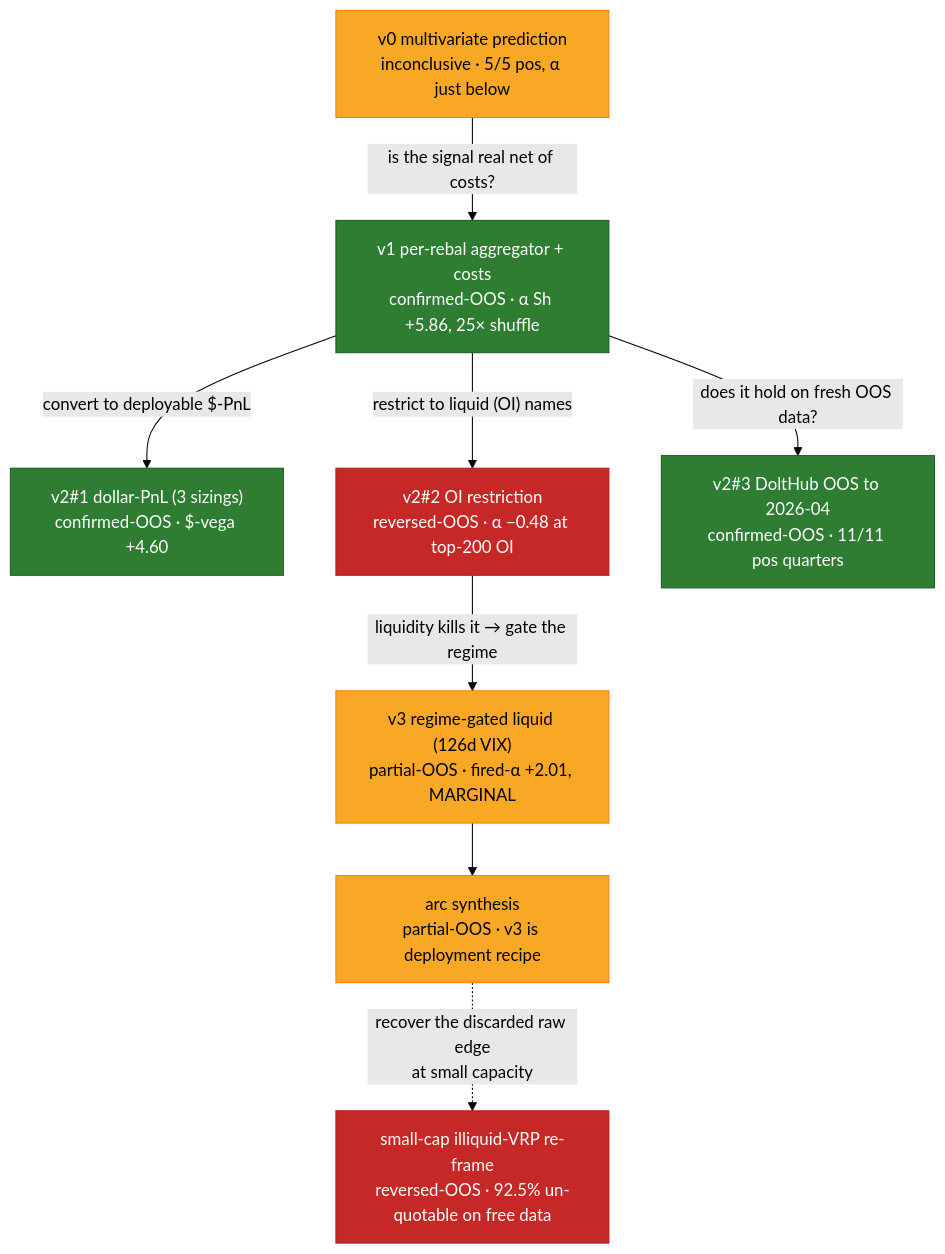
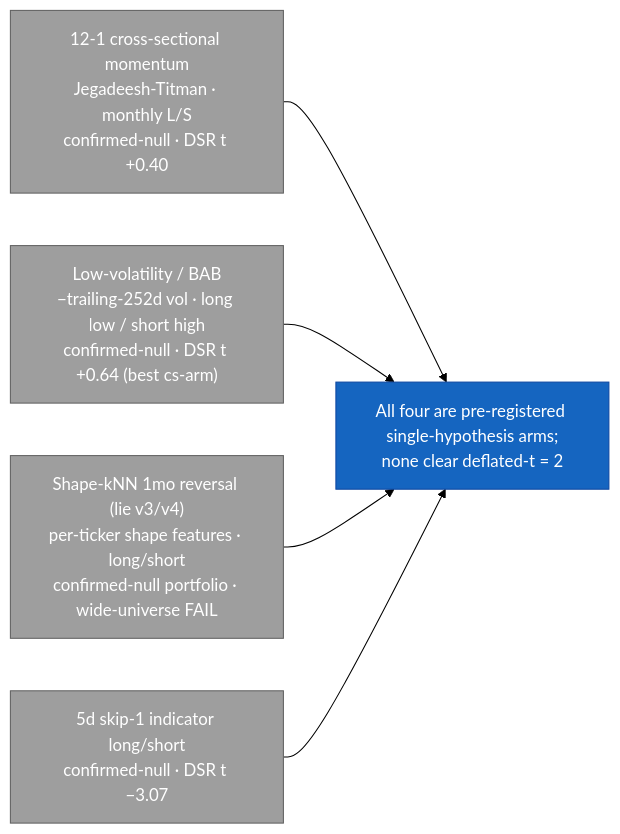
One commit to sughodke/StockSurvey changed the seventh of 12 diagrams in apps/docs/docs/map.md. Above: the diagram before and after it, drawn with Mermaid (forest theme). The commit also changed other lines of this file and 52 other files, not shown here.

````diff
--- a/apps/docs/docs/map.md
+++ b/apps/docs/docs/map.md
@@ -161,23 +325,16 @@
 ```mermaid
-flowchart TD
-    v0["v0 multivariate prediction<br/>inconclusive · 5/5 pos, α just below"]:::pOOS
-    v1["v1 per-rebal aggregator + costs<br/>confirmed-OOS · α Sh +5.86, 25× shuffle"]:::cOOS
-    v2a["v2#1 dollar-PnL (3 sizings)<br/>confirmed-OOS · $-vega +4.60"]:::cOOS
-    v2b["v2#2 OI restriction<br/>reversed-OOS · α −0.48 at top-200 OI"]:::rOOS
-    v2c["v2#3 DoltHub OOS to 2026-04<br/>confirmed-OOS · 11/11 pos quarters"]:::cOOS
-    v3["v3 regime-gated liquid (126d VIX)<br/>partial-OOS · fired-α +2.01, MARGINAL"]:::pOOS
-    syn["arc synthesis<br/>partial-OOS · v3 is deployment recipe"]:::pOOS
-    bvrp["small-cap illiquid-VRP re-frame<br/>reversed-OOS · 92.5% un-quotable on free data"]:::rOOS
+flowchart LR
+    mom["12-1 cross-sectional momentum<br/>Jegadeesh-Titman · monthly L/S<br/>confirmed-null · DSR t +0.40"]:::cnull
+    bab["Low-volatility / BAB<br/>−trailing-252d vol · long low / short high<br/>confirmed-null · DSR t +0.64 (best cs-arm)"]:::cnull
+    shape["Shape-kNN 1mo reversal (lie v3/v4)<br/>per-ticker shape features · long/short<br/>confirmed-null portfolio · wide-universe FAIL"]:::cnull
+    skip["5d skip-1 indicator long/short<br/>confirmed-null · DSR t −3.07"]:::cnull
+    note["All four are pre-registered single-hypothesis arms;<br/>none clear deflated-t = 2"]:::diag
 
-    v0 -->|"is the signal real net of costs?"| v1
-    v1 -->|"convert to deployable $-PnL"| v2a
-    v1 -->|"restrict to liquid (OI) names"| v2b
-    v1 -->|"does it hold on fresh OOS data?"| v2c
-    v2b -->|"liquidity kills it → gate the regime"| v3
-    v3 --> syn
-    syn -.->|"recover the discarded raw edge<br/>at small capacity"| bvrp
+    mom --> note
+    bab --> note
+    shape --> note
+    skip --> note
 
-    classDef cOOS fill:#2e7d32,stroke:#1b5e20,color:#fff
-    classDef pOOS fill:#f9a825,stroke:#f57f17,color:#000
-    classDef rOOS fill:#c62828,stroke:#b71c1c,color:#fff
+    classDef cnull fill:#9e9e9e,stroke:#616161,color:#fff
+    classDef diag fill:#1565c0,stroke:#0d47a1,color:#fff
 ```
````
